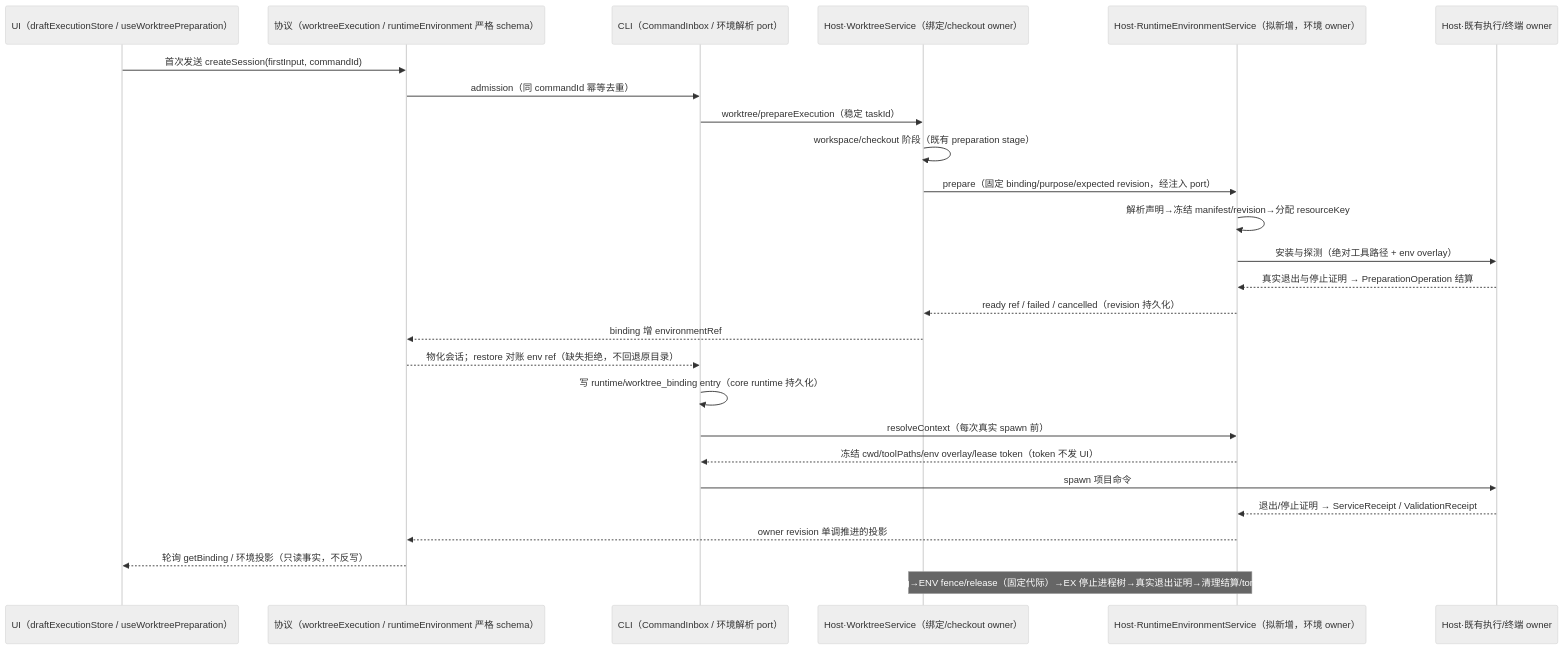
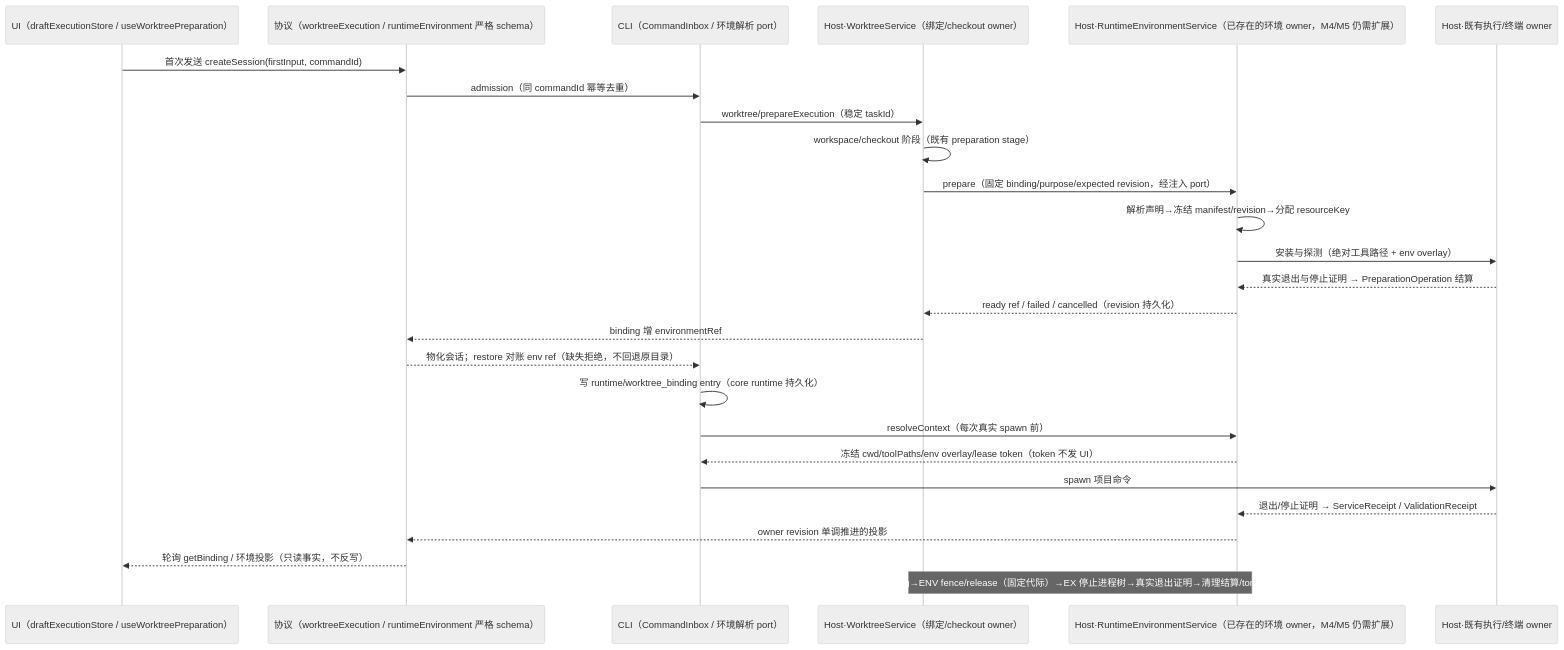
One commit to lemon-casino/LemonCode changed the second of 2 diagrams in specs/worktree-runtime-environments-plan.md. Above: the diagram before and after it, drawn with Mermaid (neutral theme). The commit also changed other lines of this file and 261 other files, not shown here.

First line of the commit message:
feat(runtime-environment): 接通托管运行环境纵向与工作树环境集成

````diff
--- a/specs/worktree-runtime-environments-plan.md
+++ b/specs/worktree-runtime-environments-plan.md
@@ -179,29 +208,29 @@
 ```mermaid
 sequenceDiagram
   participant UI as UI（draftExecutionStore / useWorktreePreparation）
   participant P as 协议（worktreeExecution / runtimeEnvironment 严格 schema）
   participant CLI as CLI（CommandInbox / 环境解析 port）
   participant WT as Host·WorktreeService（绑定/checkout owner）
-  participant ENV as Host·RuntimeEnvironmentService（拟新增，环境 owner）
+  participant ENV as Host·RuntimeEnvironmentService（已存在的环境 owner，M4/M5 仍需扩展）
   participant EX as Host·既有执行/终端 owner
 
   UI->>P: 首次发送 createSession(firstInput, commandId)
   P->>CLI: admission（同 commandId 幂等去重）
   CLI->>WT: worktree/prepareExecution（稳定 taskId）
   WT->>WT: workspace/checkout 阶段（既有 preparation stage）
   WT->>ENV: prepare（固定 binding/purpose/expected revision，经注入 port）
   ENV->>ENV: 解析声明→冻结 manifest/revision→分配 resourceKey
   ENV->>EX: 安装与探测（绝对工具路径 + env overlay）
   EX-->>ENV: 真实退出与停止证明 → PreparationOperation 结算
   ENV-->>WT: ready ref / failed / cancelled（revision 持久化）
   WT-->>P: binding 增 environmentRef
   P-->>CLI: 物化会话；restore 对账 env ref（缺失拒绝，不回退原目录）
   CLI->>CLI: 写 runtime/worktree_binding entry（core runtime 持久化）
   CLI->>ENV: resolveContext（每次真实 spawn 前）
   ENV-->>CLI: 冻结 cwd/toolPaths/env overlay/lease token（token 不发 UI）
   CLI->>EX: spawn 项目命令
   EX-->>ENV: 退出/停止证明 → ServiceReceipt / ValidationReceipt
   ENV-->>P: owner revision 单调推进的投影
   P-->>UI: 轮询 getBinding / 环境投影（只读事实，不反写）
   Note over WT,ENV: 释放/删除：WT deleting→ENV fence/release（固定代际）→EX 停止进程树→真实退出证明→清理结算/tombstone（主文档 §13）
 ```
````
